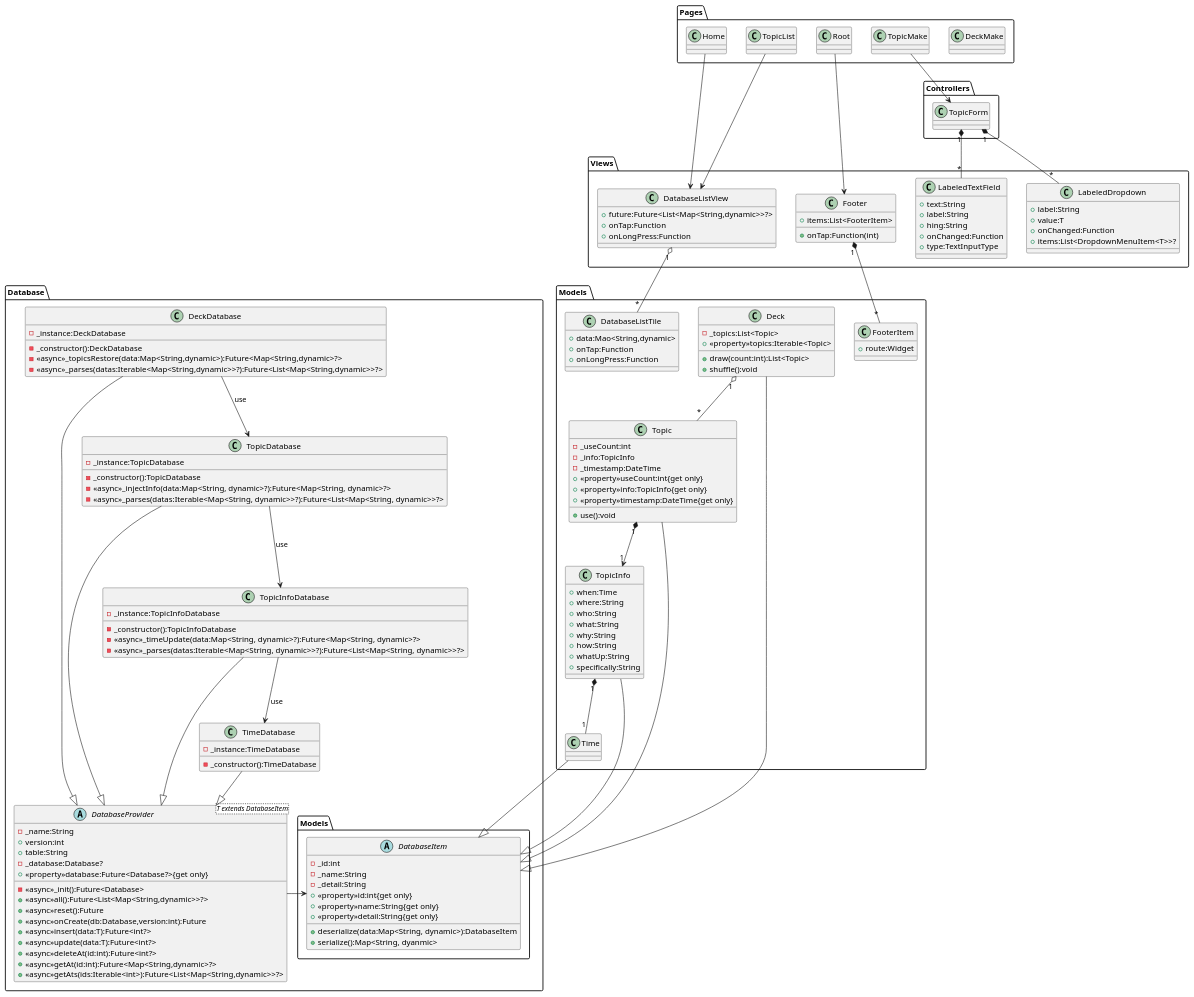
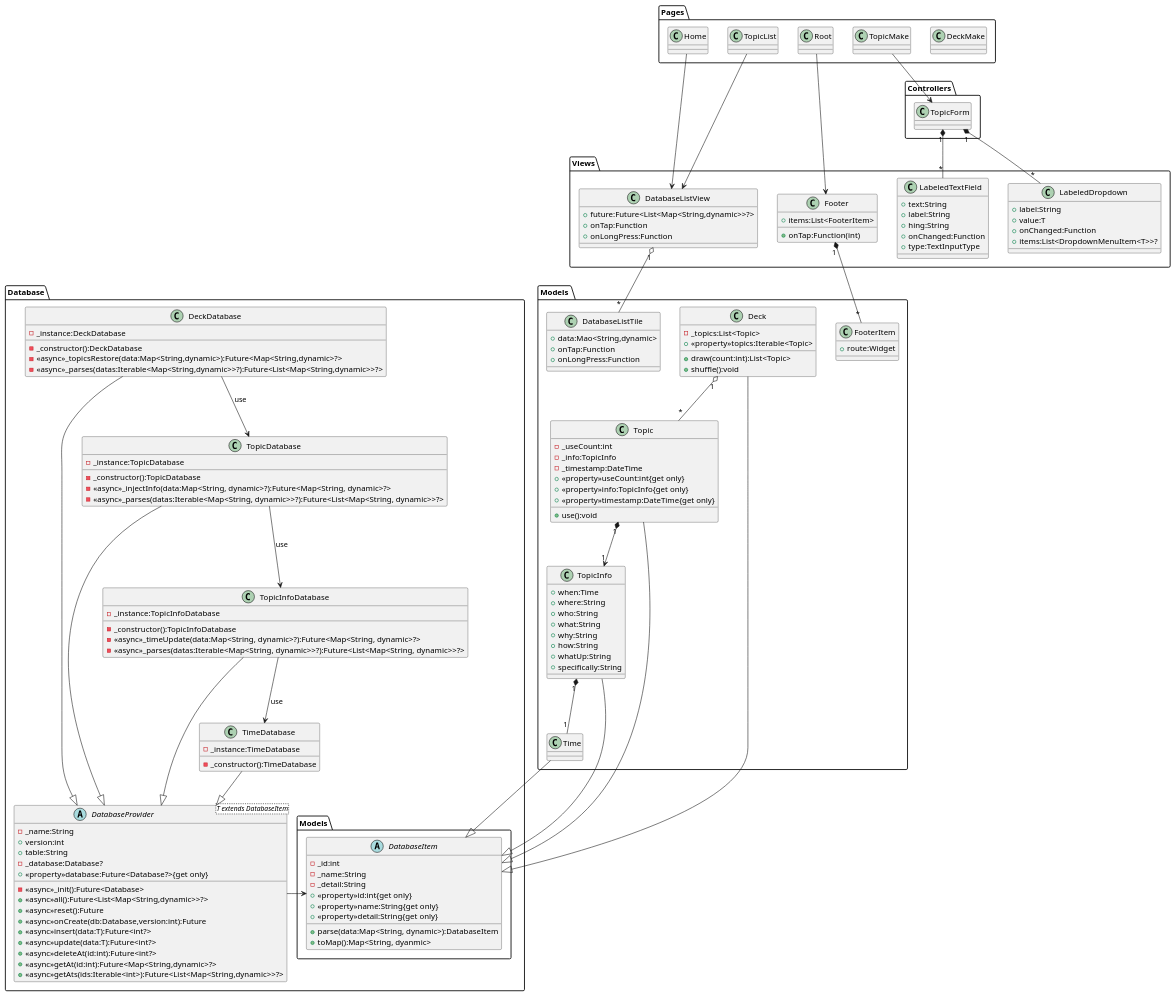
Before and after one commit to nmskm240/conversation_deck: the diagram in classDiagram.pu, drawn with PlantUML. The commit also changed 13 other files, not shown here.

```diff
--- a/classDiagram.pu
+++ b/classDiagram.pu
@@ -1,176 +1,176 @@
 @startuml Conversation deck cards
 package Controllers
 {
     class TopicForm
 }
 
 package Database
 {
     package Models
     {
         abstract DatabaseItem
         {
             -_id:int
             -_name:String
             -_detail:String
             +<<property>>id:int{get only}
             +<<property>>name:String{get only}
             +<<property>>detail:String{get only}
-            +deserialize(data:Map<String, dynamic>):DatabaseItem
-            +serialize():Map<String, dyanmic>
+            +parse(data:Map<String, dynamic>):DatabaseItem
+            +toMap():Map<String, dyanmic>
         }
     }
     abstract DatabaseProvider<T extends DatabaseItem>
     {
         -_name:String
         +version:int
         +table:String
         -_database:Database?
         +<<property>>database:Future<Database?>{get only}
         -<<async>>_init():Future<Database>
         +<<async>>all():Future<List<Map<String,dynamic>>?>
         +<<async>>reset():Future
         +<<async>>onCreate(db:Database,version:int):Future
         +<<async>>insert(data:T):Future<int?>
         +<<async>>update(data:T):Future<int?>
         +<<async>>deleteAt(id:int):Future<int?>
         +<<async>>getAt(id:int):Future<Map<String,dynamic>?>
         +<<async>>getAts(ids:Iterable<int>):Future<List<Map<String,dynamic>>?>
     }
     class DeckDatabase
     {
         -_instance:DeckDatabase
         -_constructor():DeckDatabase
         -<<async>>_topicsRestore(data:Map<String,dynamic>):Future<Map<String,dynamic>?>
         -<<async>>_parses(datas:Iterable<Map<String,dynamic>>?):Future<List<Map<String,dynamic>>?>
     }
     class TimeDatabase
     {
         -_instance:TimeDatabase
         -_constructor():TimeDatabase
     }
     class TopicDatabase
     {
         -_instance:TopicDatabase
         -_constructor():TopicDatabase
         -<<async>>_injectInfo(data:Map<String, dynamic>?):Future<Map<String, dynamic>?>
         -<<async>>_parses(datas:Iterable<Map<String, dynamic>>?):Future<List<Map<String, dynamic>>?>
     }
     class TopicInfoDatabase
     {
         -_instance:TopicInfoDatabase
         -_constructor():TopicInfoDatabase
         -<<async>>_timeUpdate(data:Map<String, dynamic>?):Future<Map<String, dynamic>?>
         -<<async>>_parses(datas:Iterable<Map<String, dynamic>>?):Future<List<Map<String, dynamic>>?>
     }
 }
 
 package "Models "
 {
     class DatabaseListTile
     {
         +data:Mao<String,dynamic>
         +onTap:Function
         +onLongPress:Function
     }
     class Deck
     {
         -_topics:List<Topic>
         +<<property>>topics:Iterable<Topic>
         +draw(count:int):List<Topic>
         +shuffle():void
     }
     class FooterItem
     {
         +route:Widget
     }
     class Time
     class Topic
     {
         -_useCount:int
         -_info:TopicInfo
         -_timestamp:DateTime
         +<<property>>useCount:int{get only}
         +<<property>>info:TopicInfo{get only}
         +<<property>>timestamp:DateTime{get only}
         +use():void
     }
     class TopicInfo
     {
         +when:Time
         +where:String
         +who:String
         +what:String
         +why:String
         +how:String
         +whatUp:String
         +specifically:String
     }
 }
 package Pages
 {
     class DeckMake
     class Home
     class Root
     class TopicList
     class TopicMake
 }
 package Views
 {
     class DatabaseListView
     {
         +future:Future<List<Map<String,dynamic>>?>
         +onTap:Function
         +onLongPress:Function
     }
     class Footer
     {
         +items:List<FooterItem>
         +onTap:Function(int)
     }
     class LabeledDropdown
     {
         +label:String
         +value:T
         +onChanged:Function
         +items:List<DropdownMenuItem<T>>?
     }
     class LabeledTextField
     {
         +text:String
         +label:String
         +hing:String
         +onChanged:Function
         +type:TextInputType
     }
 }
 
 DatabaseProvider -left-> DatabaseItem
 DeckDatabase --> TopicDatabase : use
 TopicDatabase --> TopicInfoDatabase : use
 TopicInfoDatabase --> TimeDatabase : use
 Root --> Footer
 Home --> DatabaseListView
 TopicList --> DatabaseListView
 TopicMake --> TopicForm
 
 DeckDatabase --|> DatabaseProvider
 TopicDatabase --|> DatabaseProvider
 TopicInfoDatabase --|> DatabaseProvider
 TimeDatabase --|> DatabaseProvider
 Deck --|> DatabaseItem
 Topic --|> DatabaseItem
 TopicInfo --|> DatabaseItem
 Time --|> DatabaseItem
 
 Topic "1" *--> "1" TopicInfo
 
 TopicInfo "1" *-- "1" Time
 TopicForm "1" *-- "*" LabeledDropdown
 TopicForm "1" *-- "*" LabeledTextField
 Footer "1" *-- "*" FooterItem
 
 Deck "1" o-- "*" Topic
 DatabaseListView "1" o-- "*" DatabaseListTile
 
 @enduml
```
